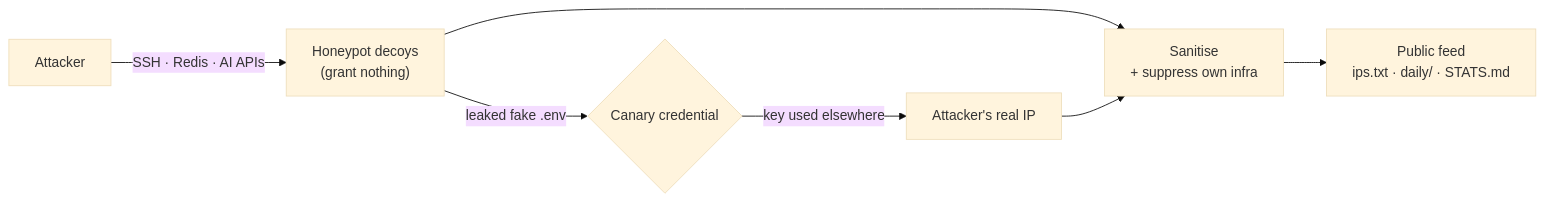
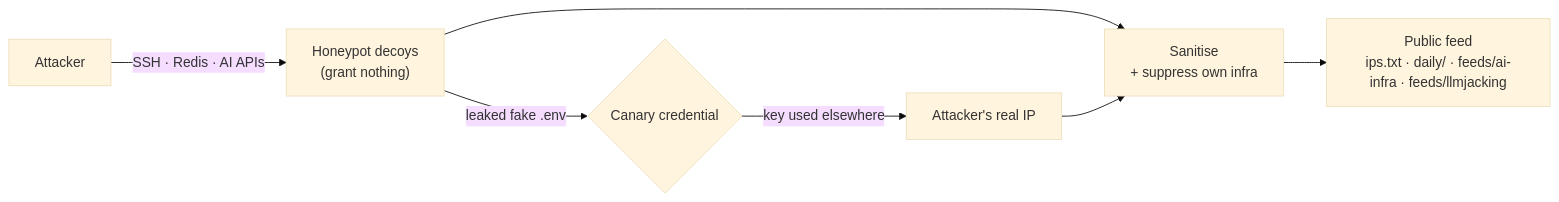
The diagram in README.md (Zikmadol/trapline-ioc), drawn with Mermaid (base theme) before and after one commit. The commit also changed other lines of this file and 17 other files, not shown here.

First line of the commit message:
AI-threat feeds: ai-infra, gpu-probing, llmjacking + writeup

````diff
--- a/README.md
+++ b/README.md
@@ -59,9 +86,9 @@
 ```mermaid
 flowchart LR
   A["Attacker"] -->|"SSH · Redis · AI APIs"| B["Honeypot decoys<br/>(grant nothing)"]
   B -->|"leaked fake .env"| C{"Canary credential"}
   C -->|"key used elsewhere"| D["Attacker's real IP"]
   B --> E["Sanitise<br/>+ suppress own infra"]
   D --> E
-  E --> F["Public feed<br/>ips.txt · daily/ · STATS.md"]
+  E --> F["Public feed<br/>ips.txt · daily/ · feeds/ai-infra · feeds/llmjacking"]
 ```
````
